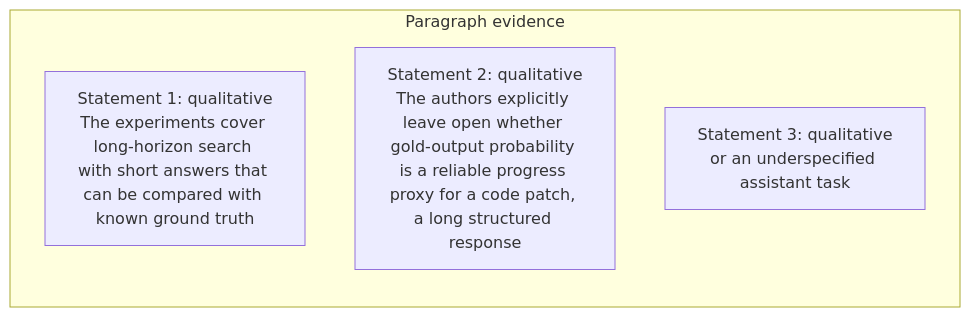
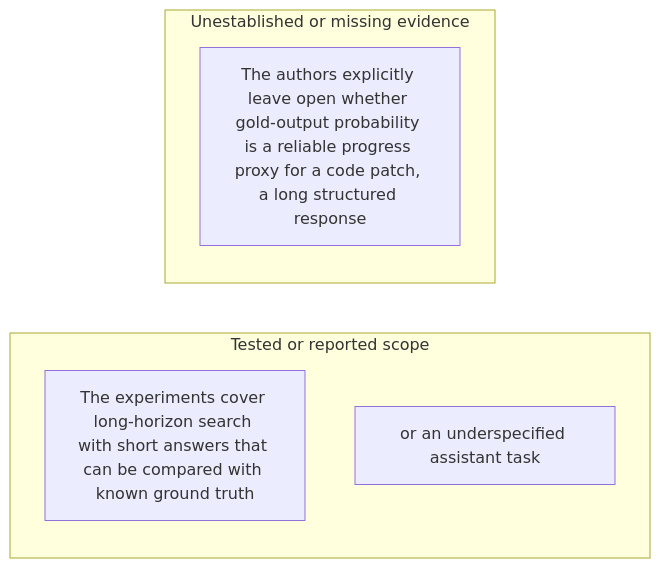
Diagram 37 of 48 in docs/visual-manifests/VISUAL_MANIFEST_TRACE.md (Betancourt1/paper_atlas), drawn with Mermaid before and after one commit. The commit also changed other lines of this file and 7 other files, not shown here.

````diff
--- a/docs/visual-manifests/VISUAL_MANIFEST_TRACE.md
+++ b/docs/visual-manifests/VISUAL_MANIFEST_TRACE.md
@@ -3071,8 +3203,10 @@
 ```mermaid
 flowchart LR
-  subgraph p1["Paragraph evidence"]
-    p1r1["Statement 1: qualitative<br/>The experiments cover long-horizon search with short answers that can be compared with known ground truth"]
-    p1r2["Statement 2: qualitative<br/>The authors explicitly leave open whether gold-output probability is a reliable progress proxy for a code patch, a long structured response"]
-    p1r3["Statement 3: qualitative<br/>or an underspecified assistant task"]
+  subgraph g1["Tested or reported scope"]
+    g1i1["The experiments cover long-horizon search with short answers that can be compared with known ground truth"]
+    g1i2["or an underspecified assistant task"]
+  end
+  subgraph g2["Unestablished or missing evidence"]
+    g2i1["The authors explicitly leave open whether gold-output probability is a reliable progress proxy for a code patch, a long structured response"]
   end
 ```
````
